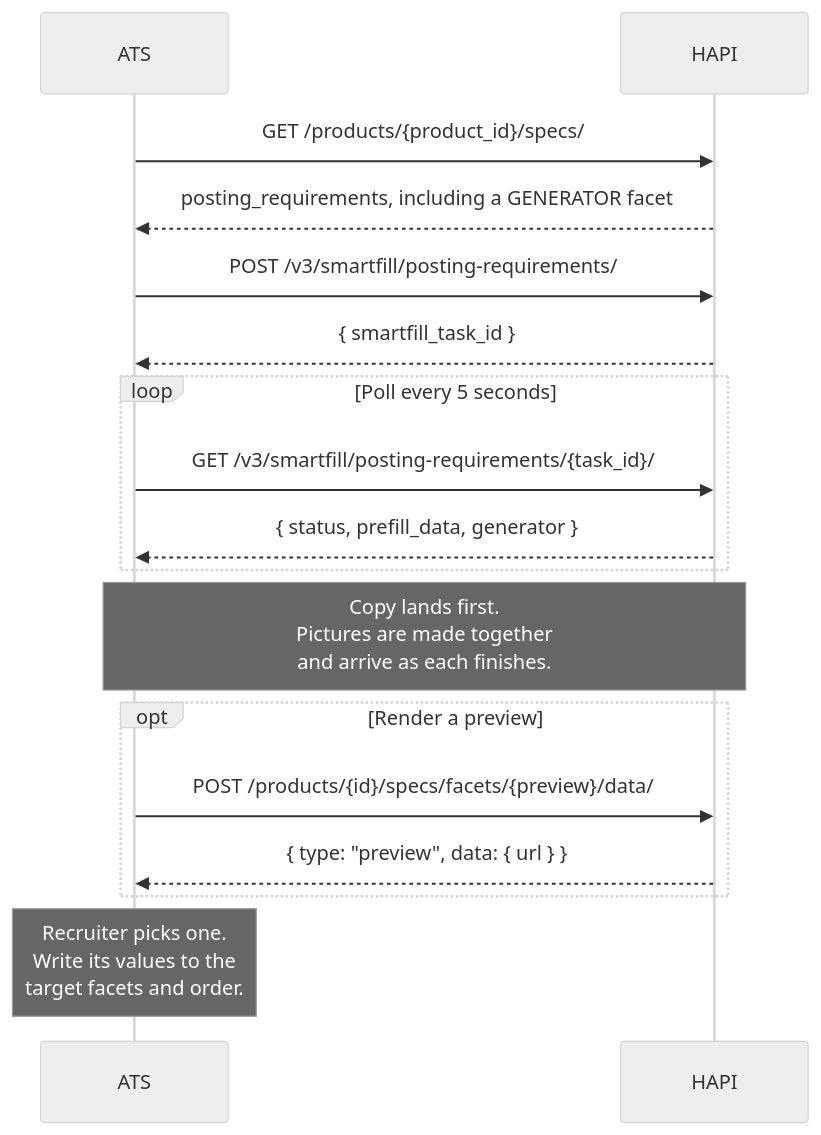
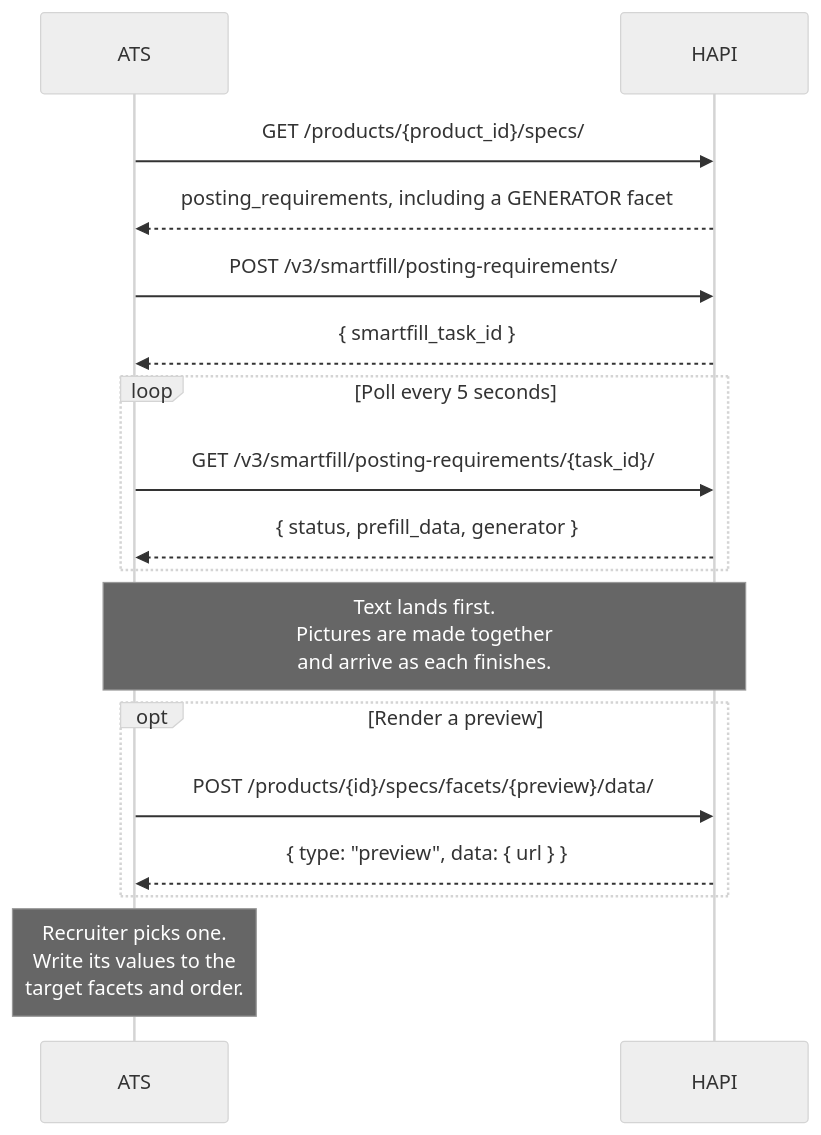
Before and after one commit to vonq/hapi-docs: the first of 2 diagrams in docs/guides/07-posting-requirements/ai-ad-creatives.md, drawn with Mermaid (neutral theme). The commit also changed other lines of this file and 15 other files, not shown here.

````diff
--- a/docs/guides/07-posting-requirements/ai-ad-creatives.md
+++ b/docs/guides/07-posting-requirements/ai-ad-creatives.md
@@ -47,25 +47,25 @@
 ```mermaid
 %%{init: {'sequence': {'useMaxWidth': true}}}%%
 sequenceDiagram
     participant ATS
     participant HAPI
 
     ATS->>HAPI: GET /products/{product_id}/specs/
     HAPI-->>ATS: posting_requirements, including a GENERATOR facet
 
     ATS->>HAPI: POST /v3/smartfill/posting-requirements/
     HAPI-->>ATS: { smartfill_task_id }
 
     loop Poll every 5 seconds
         ATS->>HAPI: GET /v3/smartfill/posting-requirements/{task_id}/
         HAPI-->>ATS: { status, prefill_data, generator }
     end
-    Note over ATS,HAPI: Copy lands first.<br/>Pictures are made together<br/>and arrive as each finishes.
+    Note over ATS,HAPI: Text lands first.<br/>Pictures are made together<br/>and arrive as each finishes.
 
     opt Render a preview
         ATS->>HAPI: POST /products/{id}/specs/facets/{preview}/data/
         HAPI-->>ATS: { type: "preview", data: { url } }
     end
 
     Note over ATS: Recruiter picks one.<br/>Write its values to the<br/>target facets and order.
 ```
````
